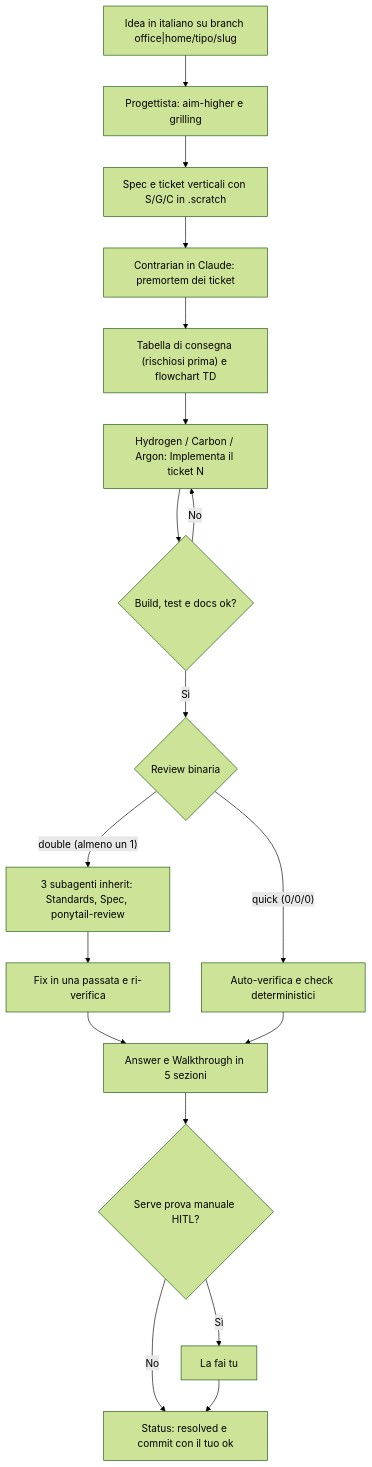
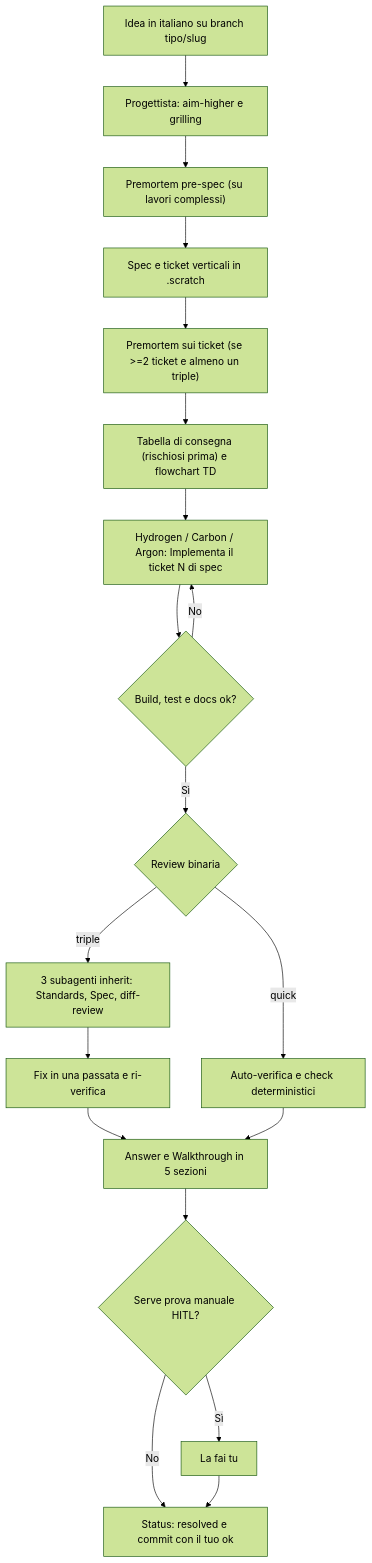
One commit to justpeppe/just-develop changed the first of 3 diagrams in docs/index.mdx. Above: the diagram before and after it, drawn with Mermaid (forest theme). The commit also changed other lines of this file and 17 other files, not shown here.

Commit message:
refactor(flow): semplifica regole e skill v2, allinea docs e valida percorsi hook

````diff
--- a/docs/index.mdx
+++ b/docs/index.mdx
@@ -11,20 +11,21 @@
 ```mermaid
 flowchart TD
-    A["Idea in italiano su branch office|home/tipo/slug"] --> B["Progettista: aim-higher e grilling"]
-    B --> C["Spec e ticket verticali con S/G/C in .scratch"]
-    C --> C2["Contrarian in Claude: premortem dei ticket"]
+    A["Idea in italiano su branch tipo/slug"] --> B["Progettista: aim-higher e grilling"]
+    B --> B2["Premortem pre-spec (su lavori complessi)"]
+    B2 --> C["Spec e ticket verticali in .scratch"]
+    C --> C2["Premortem sui ticket (se >=2 ticket e almeno un triple)"]
     C2 --> D["Tabella di consegna (rischiosi prima) e flowchart TD"]
-    D --> E["Hydrogen / Carbon / Argon: Implementa il ticket N"]
+    D --> E["Hydrogen / Carbon / Argon: Implementa il ticket N di spec"]
     E --> F{"Build, test e docs ok?"}
     F -- "No" --> E
     F -- "Sì" --> G{"Review binaria"}
-    G -- "quick (0/0/0)" --> I["Auto-verifica e check deterministici"]
-    G -- "double (almeno un 1)" --> H["3 subagenti inherit: Standards, Spec, ponytail-review"]
+    G -- "quick" --> I["Auto-verifica e check deterministici"]
+    G -- "triple" --> H["3 subagenti inherit: Standards, Spec, diff-review"]
     H --> J["Fix in una passata e ri-verifica"]
     J --> K["Answer e Walkthrough in 5 sezioni"]
     I --> K
     K --> L{"Serve prova manuale HITL?"}
     L -- "Sì" --> M["La fai tu"]
     L -- "No" --> N["Status: resolved e commit con il tuo ok"]
     M --> N
 ```
````
